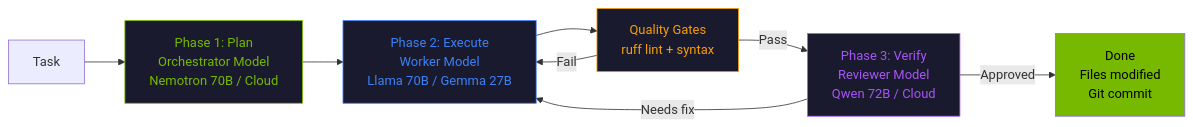
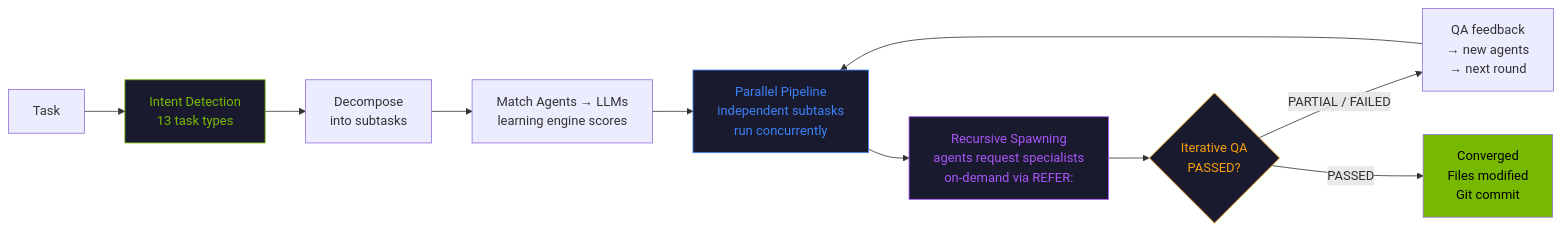
One commit to thatcooperguy/nvHive changed the second of 7 diagrams in README.md. Above: the diagram before and after it, drawn with Mermaid. The commit also changed other lines of this file and 16 other files, not shown here.

First line of the commit message:
feat: iterative CLI routing, streaming, first-run setup, Docker sandbox, coverage push

````diff
--- a/README.md
+++ b/README.md
@@ -75,20 +79,25 @@
 ```mermaid
 flowchart LR
-    TASK[Task] --> PLAN[Phase 1: Plan<br/>Orchestrator Model<br/>Nemotron 70B / Cloud]
+    TASK[Task] --> INTENT[Intent Detection<br/>13 task types]
 
-    PLAN --> EXEC[Phase 2: Execute<br/>Worker Model<br/>Llama 70B / Gemma 27B]
+    INTENT --> DECOMPOSE[Decompose<br/>into subtasks]
 
-    EXEC --> GATE[Quality Gates<br/>ruff lint + syntax]
+    DECOMPOSE --> MATCH[Match Agents → LLMs<br/>learning engine scores]
 
-    GATE -->|Pass| VERIFY[Phase 3: Verify<br/>Reviewer Model<br/>Qwen 72B / Cloud]
-    GATE -->|Fail| EXEC
+    MATCH --> PAR[Parallel Pipeline<br/>independent subtasks<br/>run concurrently]
 
-    VERIFY -->|Approved| DONE[Done<br/>Files modified<br/>Git commit]
-    VERIFY -->|Needs fix| EXEC
+    PAR --> RECURSE[Recursive Spawning<br/>agents request specialists<br/>on-demand via REFER:]
 
-    style PLAN fill:#1a1a2e,color:#76B900,stroke:#76B900
-    style EXEC fill:#1a1a2e,color:#3b82f6,stroke:#3b82f6
-    style VERIFY fill:#1a1a2e,color:#a855f7,stroke:#a855f7
-    style GATE fill:#1a1a2e,color:#f59e0b,stroke:#f59e0b
+    RECURSE --> QA{Iterative QA<br/>PASSED?}
+
+    QA -->|PARTIAL / FAILED| FEEDBACK[QA feedback<br/>→ new agents<br/>→ next round]
+    FEEDBACK --> PAR
+
+    QA -->|PASSED| DONE[Converged<br/>Files modified<br/>Git commit]
+
+    style INTENT fill:#1a1a2e,color:#76B900,stroke:#76B900
+    style PAR fill:#1a1a2e,color:#3b82f6,stroke:#3b82f6
+    style RECURSE fill:#1a1a2e,color:#a855f7,stroke:#a855f7
+    style QA fill:#1a1a2e,color:#f59e0b,stroke:#f59e0b
     style DONE fill:#76B900,color:#000
 ```
````
